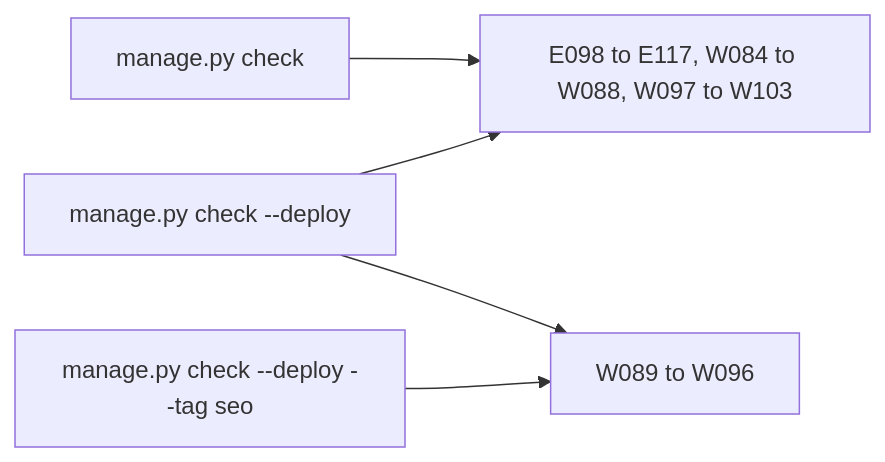
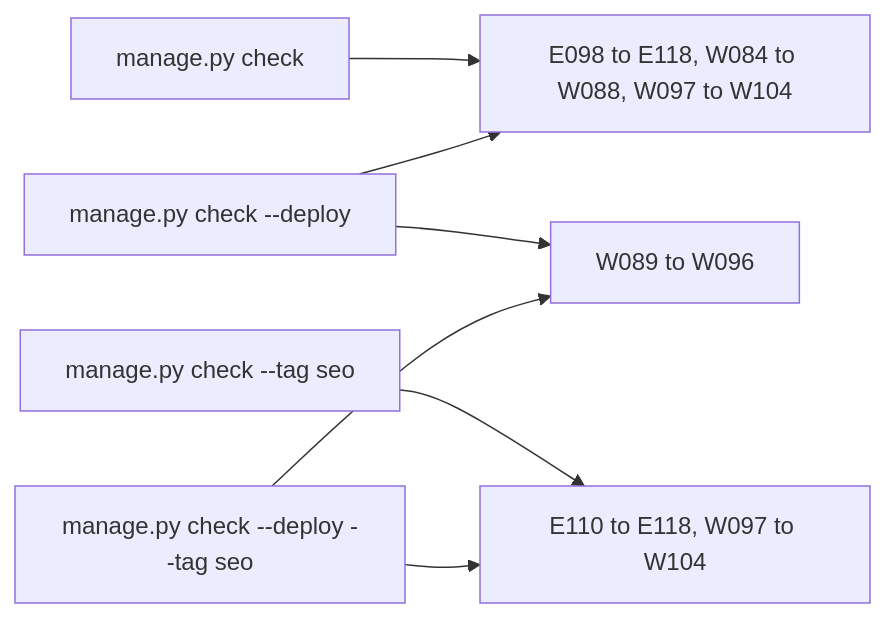
The diagram in docs/content/topics/seo/auditing.rst (next-dj/next-dj), drawn with Mermaid before and after one commit. The commit also changed other lines of this file and 263 other files, not shown here.

```diff
--- a/docs/content/topics/seo/auditing.rst
+++ b/docs/content/topics/seo/auditing.rst
@@ -55,7 +52,9 @@
 .. mermaid::
 
    flowchart LR
-       Plain["manage.py check"] --> Default["E098 to E117, W084 to W088, W097 to W103"]
+       Plain["manage.py check"] --> Default["E098 to E118, W084 to W088, W097 to W104"]
        Deploy["manage.py check --deploy"] --> Default
        Deploy --> Audits["W089 to W096"]
-       Tagged["manage.py check --deploy --tag seo"] --> Audits
+       Tag["manage.py check --tag seo"] --> Seo["E110 to E118, W097 to W104"]
+       Tagged["manage.py check --deploy --tag seo"] --> Seo
+       Tagged --> Audits
```
